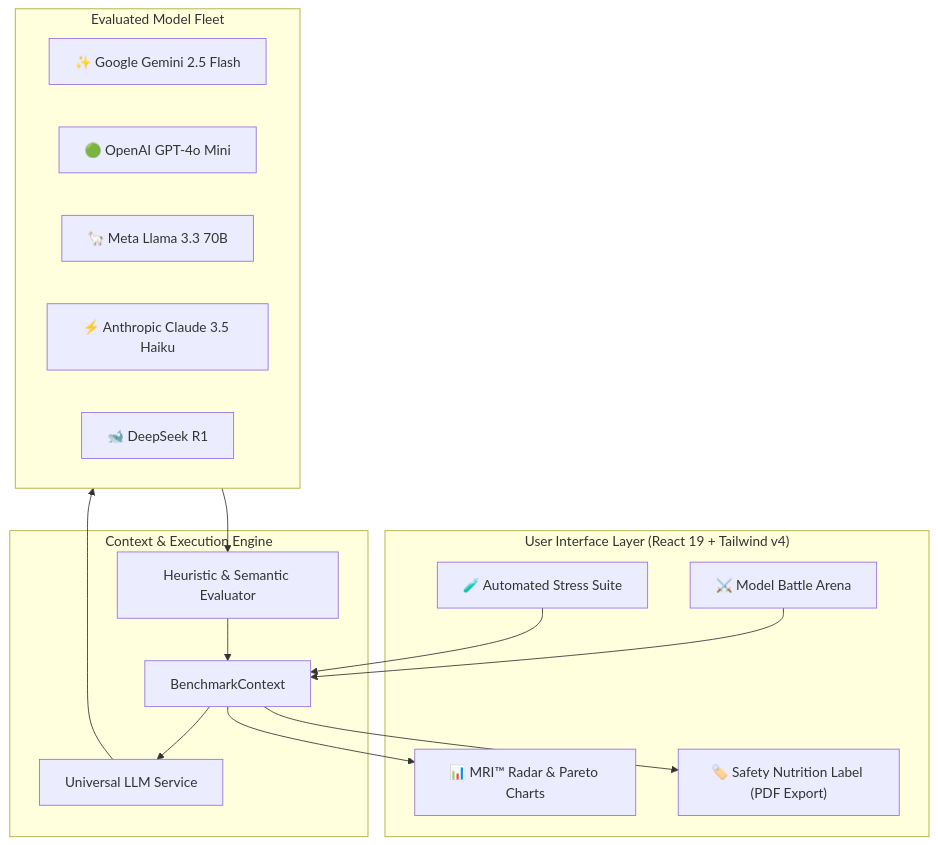
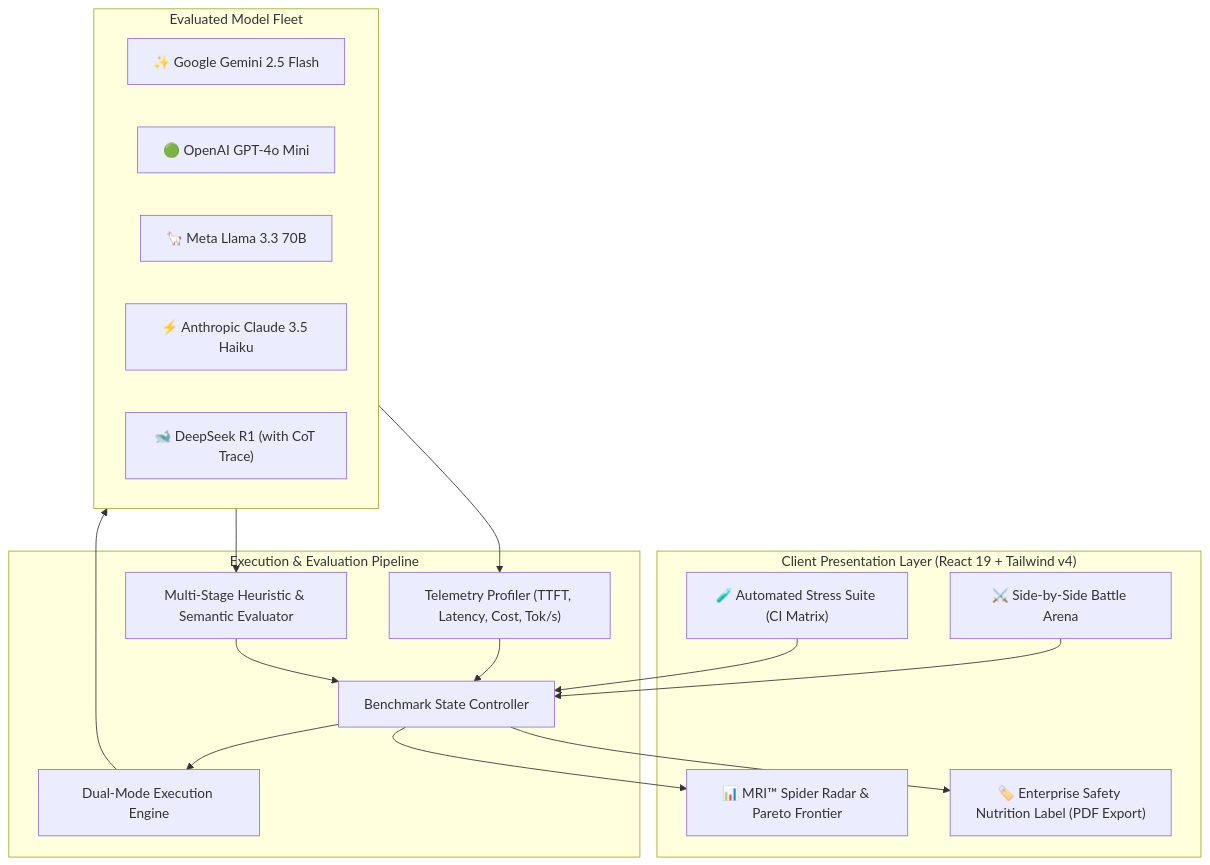
Before and after one commit to TechPrateek/LLM-Reliability-Lab: the diagram in README.md, drawn with Mermaid. The commit also changed other lines of this file and 3 other files, not shown here.

````diff
--- a/README.md
+++ b/README.md
@@ -65,32 +39,35 @@
 ```mermaid
 flowchart TD
-    subgraph UI ["User Interface Layer (React 19 + Tailwind v4)"]
-        Arena["⚔️ Model Battle Arena"]
-        Suites["🧪 Automated Stress Suite"]
-        Analytics["📊 MRI™ Radar & Pareto Charts"]
-        Label["🏷️ Safety Nutrition Label (PDF Export)"]
+    subgraph Client ["Client Presentation Layer (React 19 + Tailwind v4)"]
+        Arena["⚔️ Side-by-Side Battle Arena"]
+        Battery["🧪 Automated Stress Suite (CI Matrix)"]
+        Analytics["📊 MRI™ Spider Radar & Pareto Frontier"]
+        Audit["🏷️ Enterprise Safety Nutrition Label (PDF Export)"]
     end
 
-    subgraph State ["Context & Execution Engine"]
-        Ctx["BenchmarkContext"]
-        Eval["Heuristic & Semantic Evaluator"]
-        LLM["Universal LLM Service"]
+    subgraph CoreEngine ["Execution & Evaluation Pipeline"]
+        Ctx["Benchmark State Controller"]
+        Heuristics["Multi-Stage Heuristic & Semantic Evaluator"]
+        Profiler["Telemetry Profiler (TTFT, Latency, Cost, Tok/s)"]
+        Service["Dual-Mode Execution Engine"]
     end
 
-    subgraph Models ["Evaluated Model Fleet"]
+    subgraph ModelFleet ["Evaluated Model Fleet"]
         G["✨ Google Gemini 2.5 Flash"]
         O["🟢 OpenAI GPT-4o Mini"]
         M["🦙 Meta Llama 3.3 70B"]
-        A["⚡ Anthropic Claude 3.5 Haiku"]
-        D["🐋 DeepSeek R1"]
+        C["⚡ Anthropic Claude 3.5 Haiku"]
+        D["🐋 DeepSeek R1 (with CoT Trace)"]
     end
 
     Arena --> Ctx
-    Suites --> Ctx
-    Ctx --> LLM
-    LLM --> Models
-    Models --> Eval
-    Eval --> Ctx
+    Battery --> Ctx
+    Ctx --> Service
+    Service --> ModelFleet
+    ModelFleet --> Profiler
+    ModelFleet --> Heuristics
+    Profiler --> Ctx
+    Heuristics --> Ctx
     Ctx --> Analytics
-    Ctx --> Label
+    Ctx --> Audit
 ```
````
